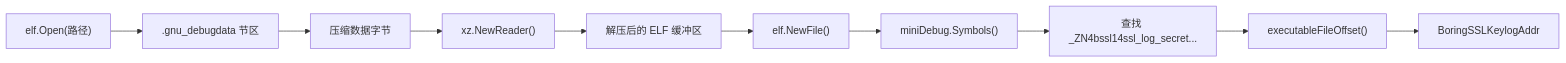
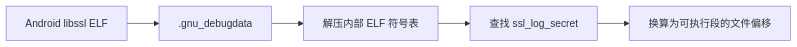
Before and after one commit to gojue/ecapture.cc: the diagram in src/zh/2-core-tls-modules/2.1-tls-capture-openssl-and-boringssl.md, drawn with Mermaid. The commit also changed other lines of this file and 94 other files, not shown here.

````diff
--- a/src/zh/2-core-tls-modules/2.1-tls-capture-openssl-and-boringssl.md
+++ b/src/zh/2-core-tls-modules/2.1-tls-capture-openssl-and-boringssl.md
@@ -142,14 +27,7 @@
 ```mermaid
-graph LR
-    ELF["elf.Open(路径)"] --> Sec[".gnu_debugdata 节区"]
-    Sec --> Comp["压缩数据字节"]
-    Comp --> XZ["xz.NewReader()"]
-    XZ --> Decomp["解压后的 ELF 缓冲区"]
-    Decomp --> InnerELF["elf.NewFile()"]
-    InnerELF --> Syms["miniDebug.Symbols()"]
-    Syms --> Match["查找 _ZN4bssl14ssl_log_secret..."]
-    Match --> Calc["executableFileOffset()"]
-    Calc --> Addr["BoringSSLKeylogAddr"]
-
-    %% symbol["internal/probe/openssl/boringssl_symbol.go"]
+flowchart LR
+    ELF["Android libssl ELF"] --> Section[".gnu_debugdata"]
+    Section --> Symbols["解压内部 ELF 符号表"]
+    Symbols --> Symbol["查找 ssl_log_secret"]
+    Symbol --> Offset["换算为可执行段的文件偏移"]
 ```
````
